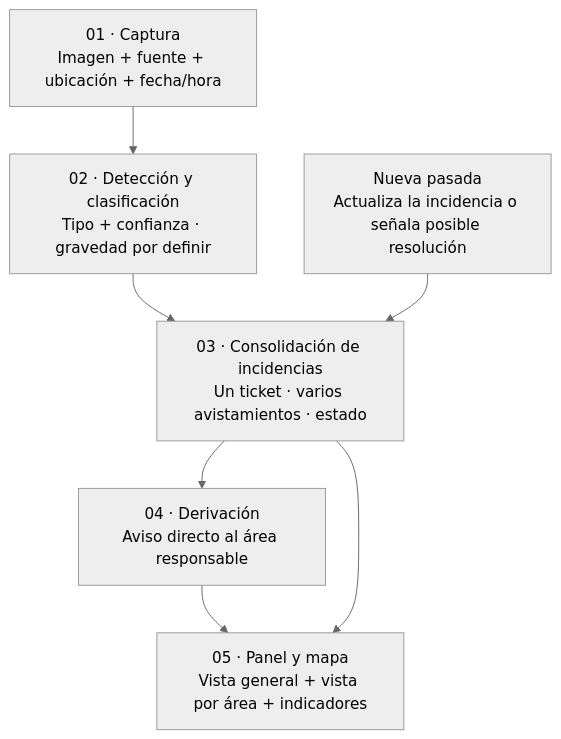
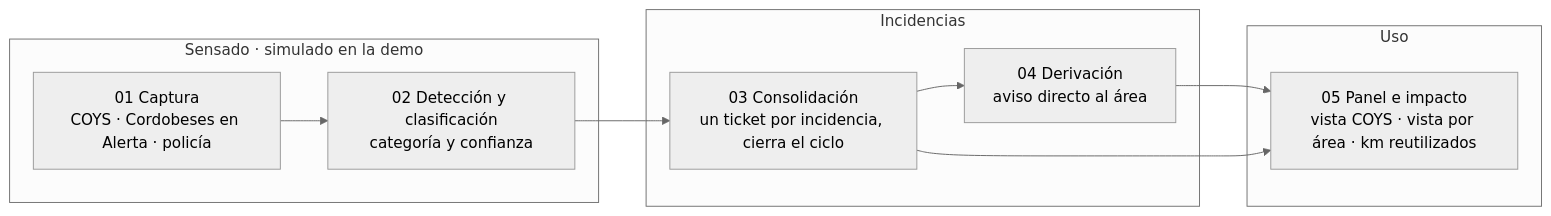
The second of 2 diagrams in README.md (NachoSamo/Hack2theFuture-CordobaTechWeek), drawn with Mermaid (neutral theme) before and after one commit. The commit also changed other lines of this file and 3 other files, not shown here.

````diff
--- a/README.md
+++ b/README.md
@@ -38,14 +74,16 @@
 ```mermaid
-flowchart TD
-    A["01 · Captura<br/>Imagen + fuente + ubicación + fecha/hora"]
-    B["02 · Detección y clasificación<br/>Tipo + confianza · gravedad por definir"]
-    C["03 · Consolidación de incidencias<br/>Un ticket · varios avistamientos · estado"]
-    D["04 · Derivación<br/>Aviso directo al área responsable"]
-    E["05 · Panel y mapa<br/>Vista general + vista por área + indicadores"]
-    F["Nueva pasada<br/>Actualiza la incidencia o señala posible resolución"]
-
-    A --> B --> C
-    C --> D --> E
+flowchart LR
+    subgraph Sensado[Sensado · simulado en la demo]
+        A[01 Captura<br/>COYS · Cordobeses en Alerta · policía]
+        B[02 Detección y clasificación<br/>categoría y confianza]
+    end
+    subgraph Incidencias[Incidencias]
+        C[03 Consolidación<br/>un ticket por incidencia, cierra el ciclo]
+        D[04 Derivación<br/>aviso directo al área]
+    end
+    subgraph Uso[Uso]
+        E[05 Panel e impacto<br/>vista COYS · vista por área · km reutilizados]
+    end
+    A --> B --> C --> D --> E
     C --> E
-    F --> C
 ```
````
